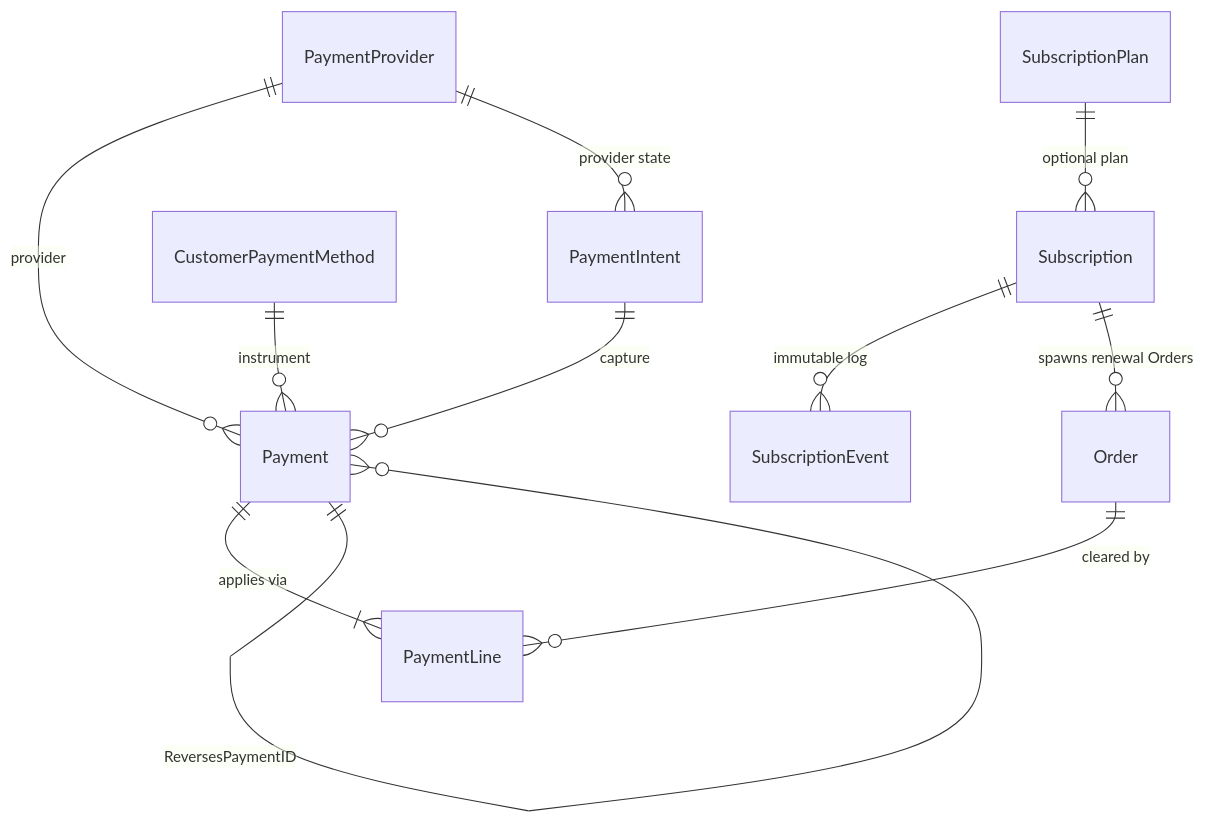
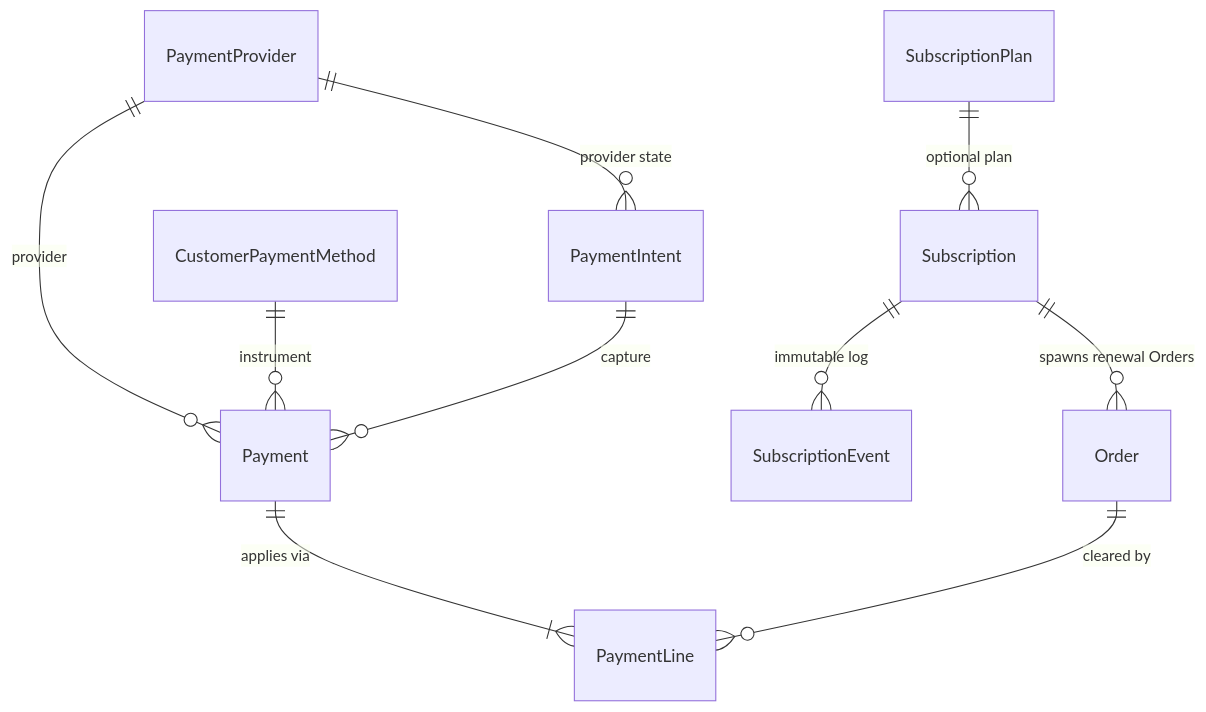
The third of 4 diagrams in plans/bizapps-orders-master.md (MemberJunction/bizapps-orders), drawn with Mermaid before and after one commit. The commit also changed other lines of this file and 77 other files, not shown here.

First line of the commit message:
Schema rework: OrderHeader/PaymentHeader, first-class PaymentType, PaymentDetail, rollup triggers

````diff
--- a/plans/bizapps-orders-master.md
+++ b/plans/bizapps-orders-master.md
@@ -246,13 +253,12 @@
 ```mermaid
 erDiagram
     Order ||--o{ PaymentLine : "cleared by"
     Payment ||--|{ PaymentLine : "applies via"
     PaymentProvider ||--o{ Payment : "provider"
     PaymentProvider ||--o{ PaymentIntent : "provider state"
     PaymentIntent ||--o{ Payment : "capture"
     CustomerPaymentMethod ||--o{ Payment : "instrument"
-    Payment ||--o{ Payment : "ReversesPaymentID"
     Subscription ||--o{ SubscriptionEvent : "immutable log"
     SubscriptionPlan ||--o{ Subscription : "optional plan"
     Subscription ||--o{ Order : "spawns renewal Orders"
 ```
````
